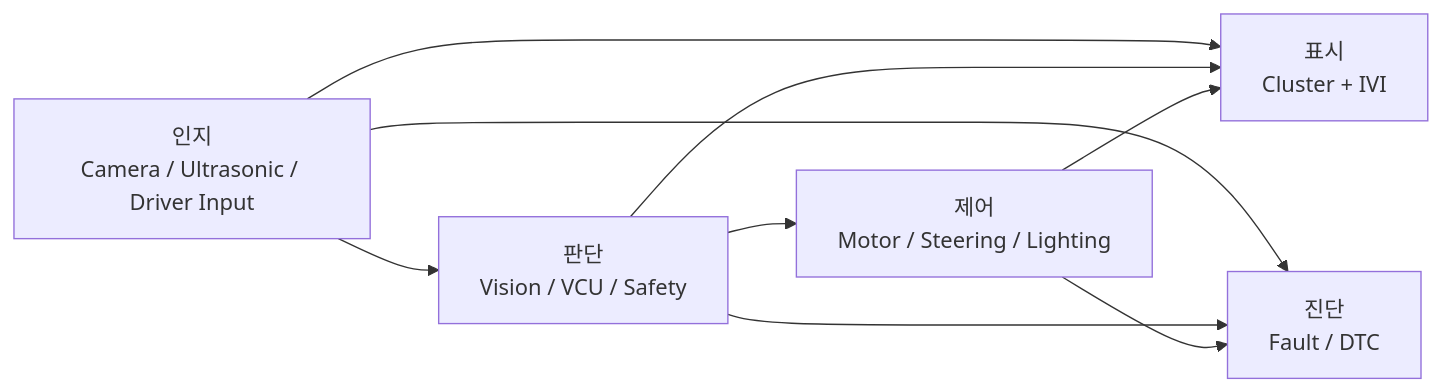
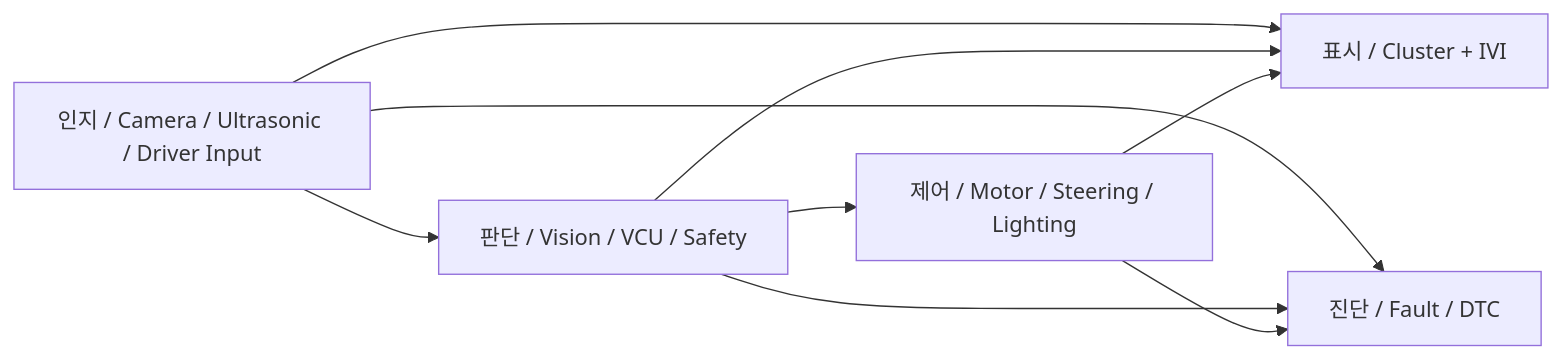
The first of 2 diagrams in docs/overview/PROJECT_OVERVIEW.md (sunmaan22/SDV_MCU_Project), drawn with Mermaid before and after one commit. The commit also changed other lines of this file and 33 other files, not shown here.

````diff
--- a/docs/overview/PROJECT_OVERVIEW.md
+++ b/docs/overview/PROJECT_OVERVIEW.md
@@ -71,11 +71,11 @@
 ```mermaid
 flowchart LR
-    SENSE["인지\nCamera / Ultrasonic / Driver Input"] --> THINK["판단\nVision / VCU / Safety"]
-    THINK --> CTRL["제어\nMotor / Steering / Lighting"]
-    SENSE --> UI["표시\nCluster + IVI"]
+    SENSE["인지 / Camera / Ultrasonic / Driver Input"] --> THINK["판단 / Vision / VCU / Safety"]
+    THINK --> CTRL["제어 / Motor / Steering / Lighting"]
+    SENSE --> UI["표시 / Cluster + IVI"]
     THINK --> UI
     CTRL --> UI
-    SENSE --> DIAG["진단\nFault / DTC"]
+    SENSE --> DIAG["진단 / Fault / DTC"]
     THINK --> DIAG
     CTRL --> DIAG
 ```
````
